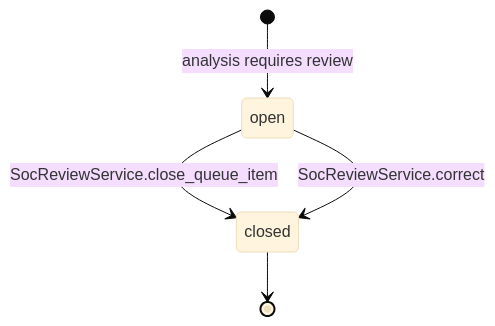
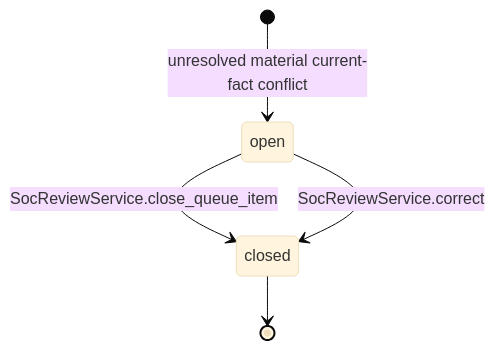
One commit to yydspanda/deer-flow changed diagram 20 of 23 in .notes/ai_soc/alert-lifecycle-flow.md. Above: the diagram before and after it, drawn with Mermaid (base theme). The commit also changed other lines of this file and 83 other files, not shown here.

````diff
--- a/.notes/ai_soc/alert-lifecycle-flow.md
+++ b/.notes/ai_soc/alert-lifecycle-flow.md
@@ -1025,7 +1038,7 @@
 ```mermaid
 stateDiagram-v2
-    [*] --> open: analysis requires review
+    [*] --> open: unresolved material current-fact conflict
     open --> closed: SocReviewService.close_queue_item
     open --> closed: SocReviewService.correct
     closed --> [*]
 ```
````
